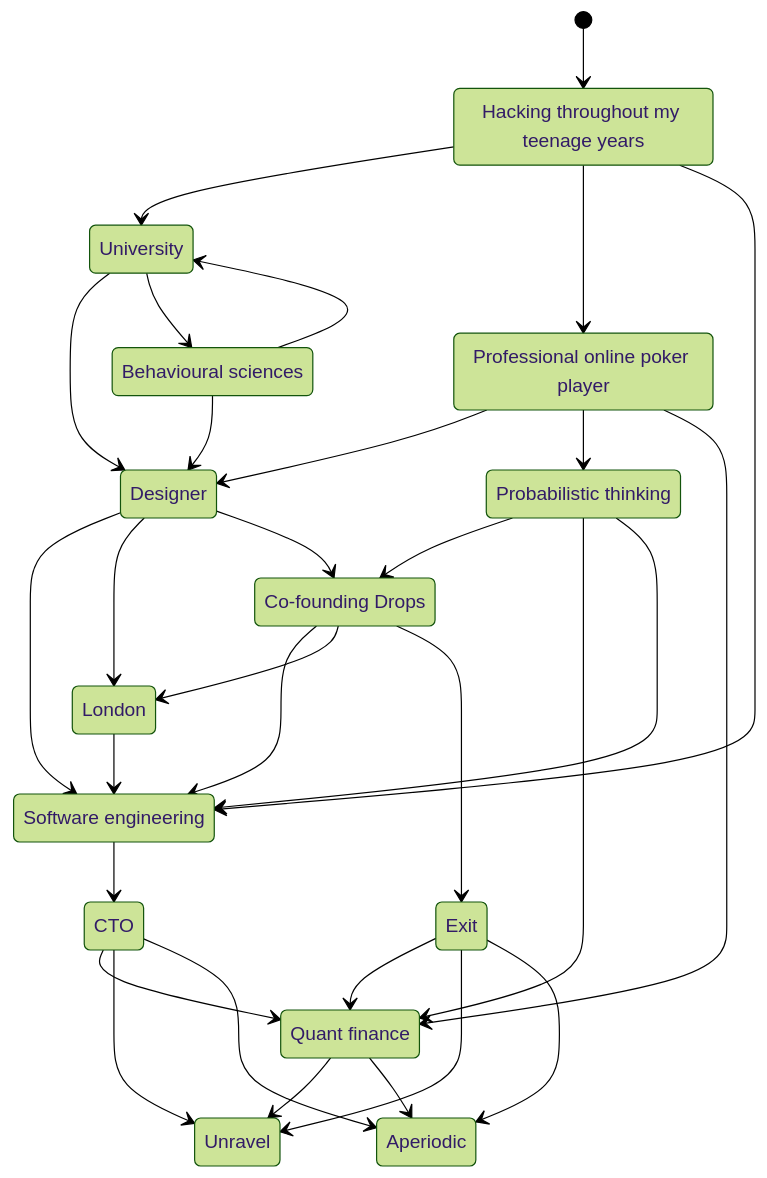
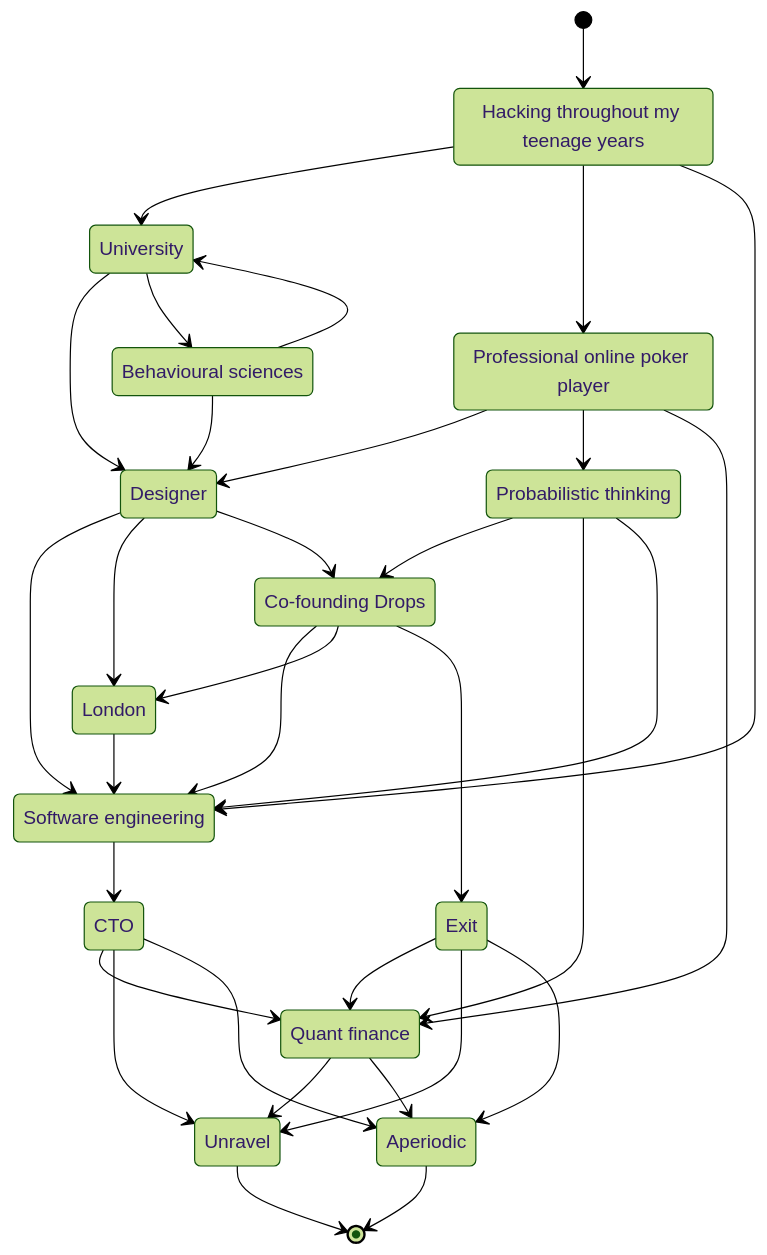
The diagram in content/_index.md (almostintuitive/almostintuitive.github.io), drawn with Mermaid (forest theme) before and after one commit.

```diff
--- a/content/_index.md
+++ b/content/_index.md
@@ -22,42 +22,44 @@
 {{< mermaid >}}
 
 stateDiagram
   state "Hacking throughout my teenage years" as HackingThroughoutMyTeenageYears
   state "Professional online poker player" as ProfessionalOnlinePokerPlayer
   state "Behavioural sciences" as BehaviouralSciences
   state "Probabilistic thinking" as ProbabilisticThinking
   state "Co-founding Drops" as CoFoundingDrops
   state "Software engineering" as SoftwareEngineering
   state "Quant finance" as QuantFinance
 
   [*] --> HackingThroughoutMyTeenageYears
   HackingThroughoutMyTeenageYears --> University
   HackingThroughoutMyTeenageYears --> ProfessionalOnlinePokerPlayer
   University --> Designer
   University --> BehaviouralSciences
   BehaviouralSciences --> University
   BehaviouralSciences --> Designer
   ProfessionalOnlinePokerPlayer --> Designer
   ProfessionalOnlinePokerPlayer --> ProbabilisticThinking
   ProfessionalOnlinePokerPlayer --> QuantFinance
   ProbabilisticThinking --> CoFoundingDrops
   ProbabilisticThinking --> QuantFinance
   CoFoundingDrops --> SoftwareEngineering
   Designer --> SoftwareEngineering
   Designer --> London
   London --> SoftwareEngineering
   Designer --> CoFoundingDrops
   CoFoundingDrops --> London
   HackingThroughoutMyTeenageYears --> SoftwareEngineering
   ProbabilisticThinking --> SoftwareEngineering
   SoftwareEngineering --> CTO
   CTO --> QuantFinance
   CTO --> Unravel
   CTO --> Aperiodic
   CoFoundingDrops --> Exit
   Exit --> QuantFinance
   Exit --> Unravel
   Exit --> Aperiodic
   QuantFinance --> Unravel
   QuantFinance --> Aperiodic
+  Unravel --> [*]
+  Aperiodic --> [*]
 {{< /mermaid >}}
```
